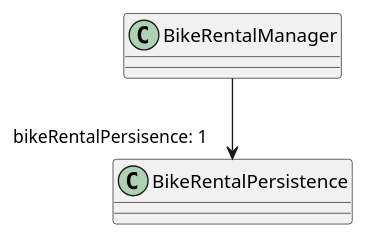
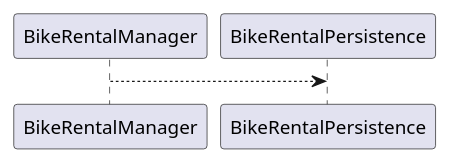
One commit to jonhallem/gr2247 changed the diagram in docs/release1.md. Above: the diagram before and after it, drawn with PlantUML.

Commit message:
Teste om plantuml fungerer

````diff
--- a/docs/release1.md
+++ b/docs/release1.md
@@ -22,6 +22,5 @@
 ```plantuml
 @startuml
-BikeRentalManager --> "bikeRentalPersisence: 1" BikeRentalPersistence
-
+BikeRentalManager --> BikeRentalPersistence
 @enduml
 ```
````
